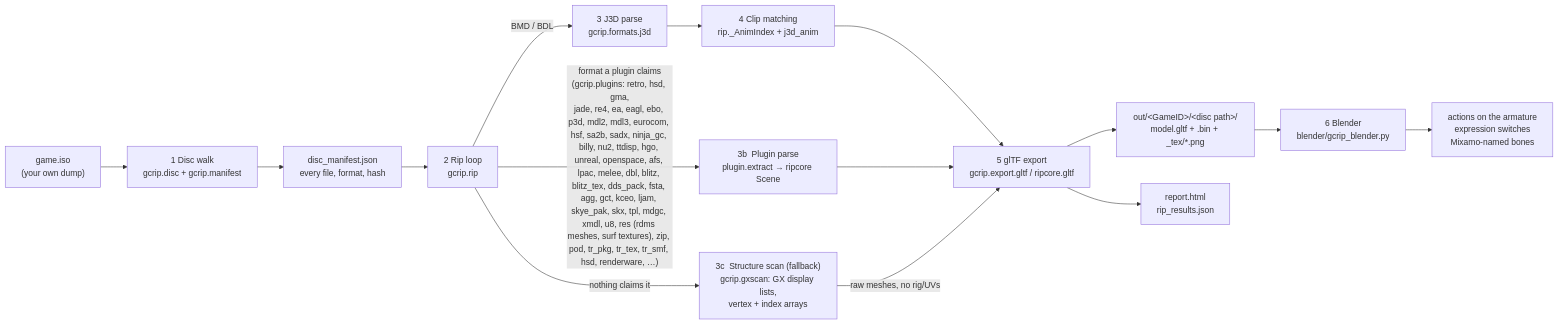
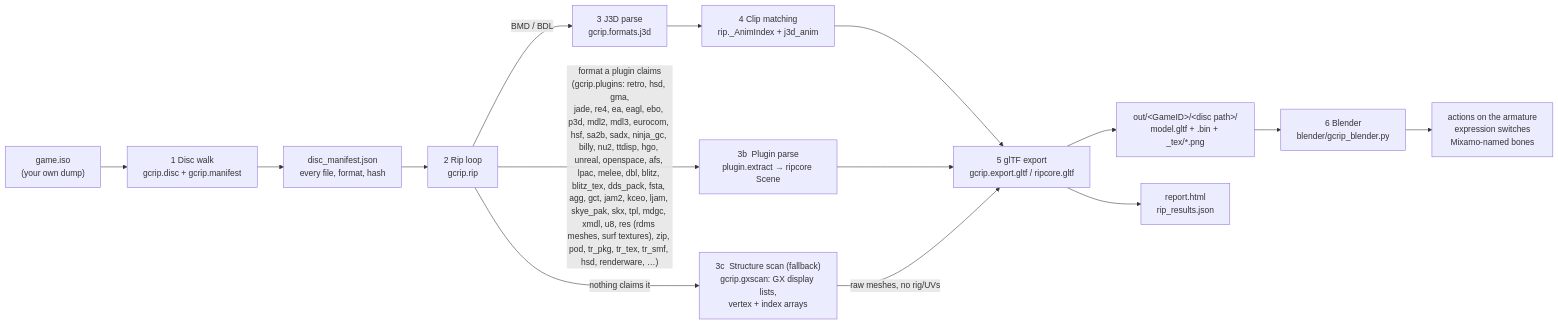
The first of 9 diagrams in docs/PIPELINE.md (Felbs/3d-ripper-9000), drawn with Mermaid before and after one commit. The commit also changed 6 other files, not shown here.

````diff
--- a/docs/PIPELINE.md
+++ b/docs/PIPELINE.md
@@ -11,17 +11,17 @@
 ```mermaid
 flowchart LR
     ISO["game.iso<br/>(your own dump)"] --> WALK["1  Disc walk<br/>gcrip.disc + gcrip.manifest"]
     WALK --> MAN["disc_manifest.json<br/>every file, format, hash"]
     MAN --> RIP["2  Rip loop<br/>gcrip.rip"]
     RIP -->|"BMD / BDL"| J3D["3  J3D parse<br/>gcrip.formats.j3d"]
-    RIP -->|"format a plugin claims<br/>(gcrip.plugins: retro, hsd, gma,<br/>jade, re4, ea, eagl, ebo, p3d, mdl2, mdl3, eurocom, hsf, sa2b, sadx, ninja_gc, billy, nu2, ttdisp, hgo, unreal, openspace, afs, lpac, melee, dbl, blitz, blitz_tex, dds_pack, fsta, agg, gct, kceo, ljam, skye_pak, skx, tpl, mdgc, xmdl, u8, res (rdms meshes, surf textures), zip, pod, tr_pkg, tr_tex, tr_smf, hsd, renderware, …)"| PLUG["3b  Plugin parse<br/>plugin.extract → ripcore Scene"]
+    RIP -->|"format a plugin claims<br/>(gcrip.plugins: retro, hsd, gma,<br/>jade, re4, ea, eagl, ebo, p3d, mdl2, mdl3, eurocom, hsf, sa2b, sadx, ninja_gc, billy, nu2, ttdisp, hgo, unreal, openspace, afs, lpac, melee, dbl, blitz, blitz_tex, dds_pack, fsta, agg, gct, jam2, kceo, ljam, skye_pak, skx, tpl, mdgc, xmdl, u8, res (rdms meshes, surf textures), zip, pod, tr_pkg, tr_tex, tr_smf, hsd, renderware, …)"| PLUG["3b  Plugin parse<br/>plugin.extract → ripcore Scene"]
     RIP -->|"nothing claims it"| GX["3c  Structure scan (fallback)<br/>gcrip.gxscan: GX display lists,<br/>vertex + index arrays"]
     J3D --> ANIM["4  Clip matching<br/>rip._AnimIndex + j3d_anim"]
     ANIM --> GLTF["5  glTF export<br/>gcrip.export.gltf / ripcore.gltf"]
     PLUG --> GLTF
     GX -->|"raw meshes, no rig/UVs"| GLTF
     GLTF --> OUT["out/&lt;GameID&gt;/&lt;disc path&gt;/<br/>model.gltf + .bin + _tex/*.png"]
     GLTF --> REP["report.html<br/>rip_results.json"]
     OUT --> BL["6  Blender<br/>blender/gcrip_blender.py"]
     BL --> PLAY["actions on the armature<br/>expression switches<br/>Mixamo-named bones"]
 ```
````
